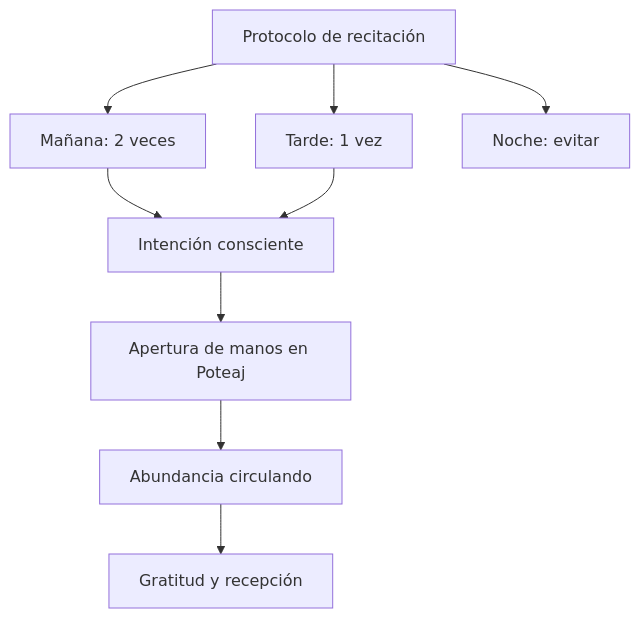
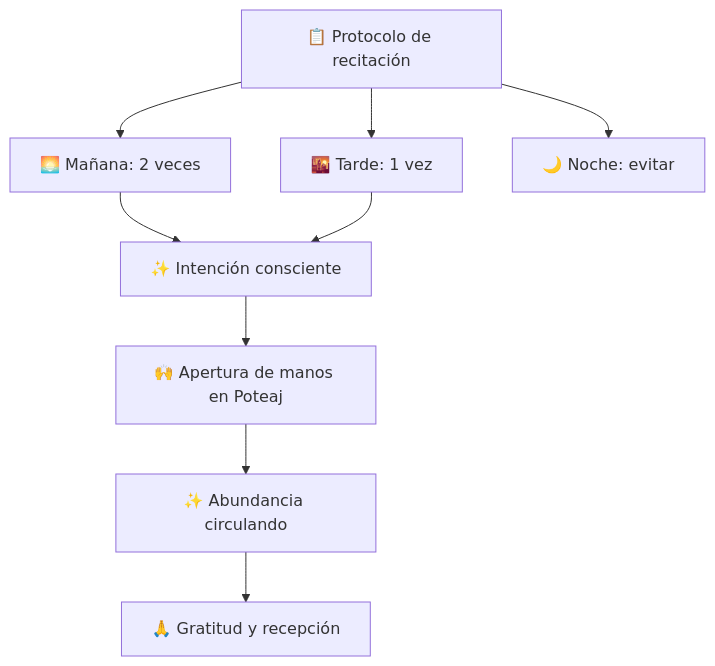
The seventh of 7 diagrams in src/content/blog/masterclass-salmo-145-abundancia-daniel-chapan.md (jeroroldan/jeronimo-blog), drawn with Mermaid before and after one commit. The commit also changed other lines of this file and 1 other file, not shown here.

````diff
--- a/src/content/blog/masterclass-salmo-145-abundancia-daniel-chapan.md
+++ b/src/content/blog/masterclass-salmo-145-abundancia-daniel-chapan.md
@@ -524,11 +561,11 @@
 ```mermaid
 flowchart TD
-    A[Protocolo de recitación] --> B[Mañana: 2 veces]
-    A --> C[Tarde: 1 vez]
-    A --> D[Noche: evitar]
-    B --> E[Intención consciente]
+    A[📋 Protocolo de recitación] --> B[🌅 Mañana: 2 veces]
+    A --> C[🌇 Tarde: 1 vez]
+    A --> D[🌙 Noche: evitar]
+    B --> E[✨ Intención consciente]
     C --> E
-    E --> F[Apertura de manos en Poteaj]
-    F --> G[Abundancia circulando]
-    G --> H[Gratitud y recepción]
+    E --> F[🙌 Apertura de manos en Poteaj]
+    F --> G[✨ Abundancia circulando]
+    G --> H[🙏 Gratitud y recepción]
 ```
````
